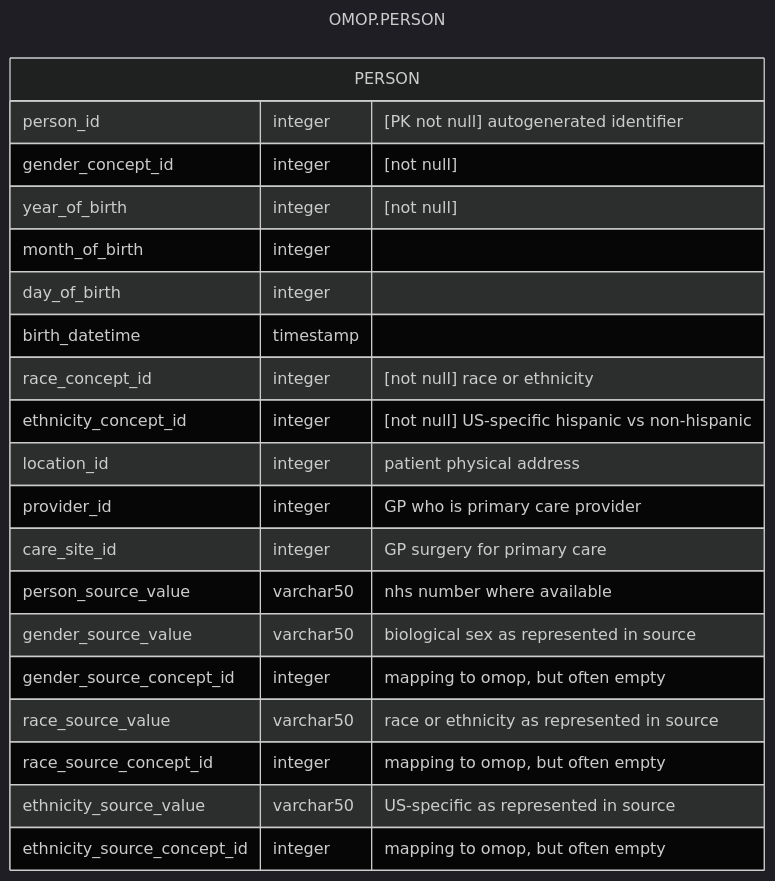
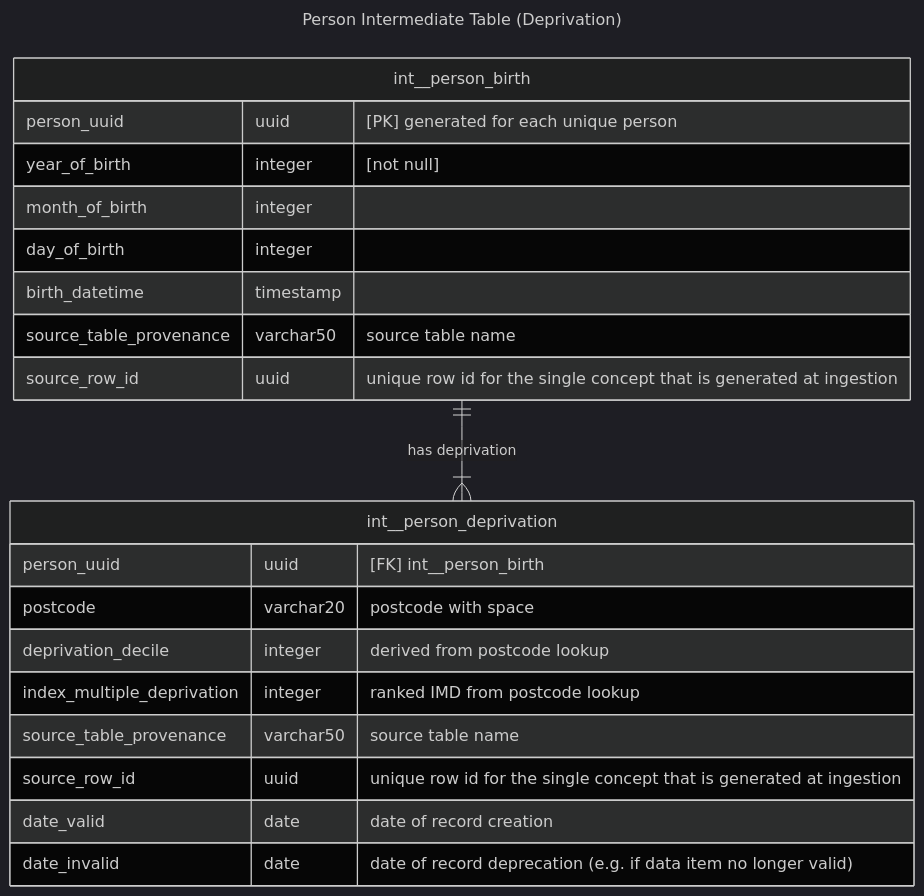
The third of 5 diagrams in src/pages/data_model/cdm_person.qmd (d3london/sde_aic_external_docs), drawn with Mermaid (dark theme) before and after one commit. The commit also changed other lines of this file, not shown here.

Commit message:
updated person data models

````diff
--- a/src/pages/data_model/cdm_person.qmd
+++ b/src/pages/data_model/cdm_person.qmd
@@ -6,26 +88,26 @@
 ```{mermaid}
 ---
-title: OMOP.PERSON
+title: Person Intermediate Table (Deprivation)
 ---
 erDiagram
-    PERSON {
-        person_id integer "[PK not null] autogenerated identifier"
-        gender_concept_id integer "[not null]"
+    int__person_birth {
+        person_uuid uuid "[PK] generated for each unique person"
         year_of_birth integer "[not null]"
         month_of_birth integer
         day_of_birth integer
         birth_datetime timestamp
-        race_concept_id integer "[not null] race or ethnicity"
-        ethnicity_concept_id integer "[not null] US-specific hispanic vs non-hispanic"
-        location_id integer "patient physical address"
-        provider_id integer "GP who is primary care provider"
-        care_site_id integer "GP surgery for primary care"
-        person_source_value varchar50 "nhs number where available"
-        gender_source_value varchar50 "biological sex as represented in source"
-        gender_source_concept_id integer "mapping to omop, but often empty"
-        race_source_value varchar50 "race or ethnicity as represented in source"
-        race_source_concept_id integer "mapping to omop, but often empty"
-        ethnicity_source_value varchar50 "US-specific as represented in source"
-        ethnicity_source_concept_id integer "mapping to omop, but often empty"
+        source_table_provenance varchar50 "source table name"
+        source_row_id uuid "unique row id for the single concept that is generated at ingestion"
+    }
+    int__person_birth ||--|{ int__person_deprivation : "has deprivation"
+        int__person_deprivation {
+        person_uuid uuid "[FK] int__person_birth"
+        postcode varchar20 "postcode with space"
+        deprivation_decile integer "derived from postcode lookup"        
+        index_multiple_deprivation integer "ranked IMD from postcode lookup"
+        source_table_provenance varchar50 "source table name"
+        source_row_id uuid "unique row id for the single concept that is generated at ingestion"
+        date_valid date "date of record creation"
+        date_invalid date "date of record deprecation (e.g. if data item no longer valid)"
     }
 ```
````
